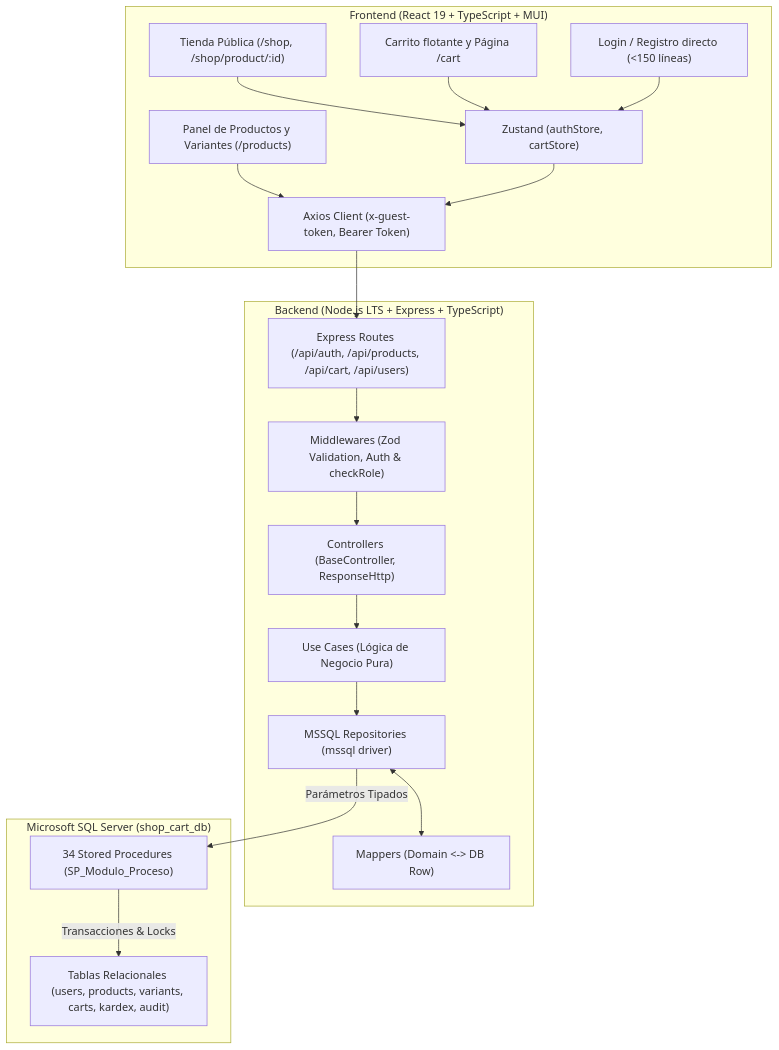
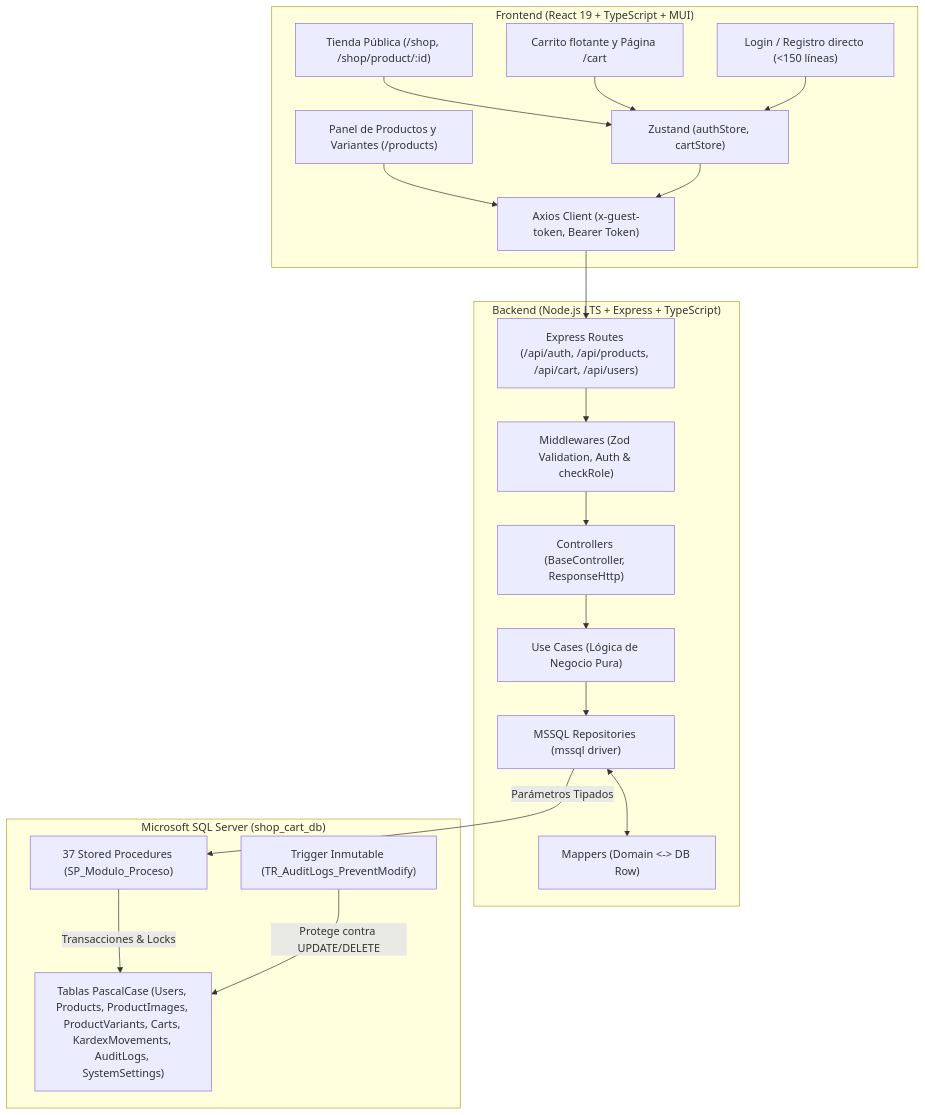
One commit to KEVIN01306/shopCART changed the diagram in README.md. Above: the diagram before and after it, drawn with Mermaid. The commit also changed other lines of this file and 10 other files, not shown here.

Commit message:
chore(backend): update DB deploy scripts, seeds, mappers, and README for PascalCase schema

````diff
--- a/README.md
+++ b/README.md
@@ -152,38 +162,40 @@
 ```mermaid
 flowchart TD
     subgraph Frontend["Frontend (React 19 + TypeScript + MUI)"]
         UI_Shop["Tienda Pública (/shop, /shop/product/:id)"]
         UI_Cart["Carrito flotante y Página /cart"]
         UI_Auth["Login / Registro directo (<150 líneas)"]
         UI_Admin["Panel de Productos y Variantes (/products)"]
         AxiosClient["Axios Client (x-guest-token, Bearer Token)"]
         ZustandStores["Zustand (authStore, cartStore)"]
         
         UI_Shop --> ZustandStores
         UI_Cart --> ZustandStores
         UI_Auth --> ZustandStores
         UI_Admin --> AxiosClient
         ZustandStores --> AxiosClient
     end
 
     subgraph Backend["Backend (Node.js LTS + Express + TypeScript)"]
         Routes["Express Routes (/api/auth, /api/products, /api/cart, /api/users)"]
         Middlewares["Middlewares (Zod Validation, Auth & checkRole)"]
         Controllers["Controllers (BaseController, ResponseHttp)"]
         UseCases["Use Cases (Lógica de Negocio Pura)"]
         Mappers["Mappers (Domain <-> DB Row)"]
         MSSQL_Repo["MSSQL Repositories (mssql driver)"]
         
         AxiosClient --> Routes
         Routes --> Middlewares --> Controllers --> UseCases --> MSSQL_Repo
         MSSQL_Repo <--> Mappers
     end
 
     subgraph Database["Microsoft SQL Server (shop_cart_db)"]
-        SPs["34 Stored Procedures (SP_Modulo_Proceso)"]
-        Tables["Tablas Relacionales (users, products, variants, carts, kardex, audit)"]
+        SPs["37 Stored Procedures (SP_Modulo_Proceso)"]
+        Triggers["Trigger Inmutable (TR_AuditLogs_PreventModify)"]
+        Tables["Tablas PascalCase (Users, Products, ProductImages, ProductVariants, Carts, KardexMovements, AuditLogs, SystemSettings)"]
         
         MSSQL_Repo -->|Parámetros Tipados| SPs
         SPs -->|Transacciones & Locks| Tables
+        Triggers -->|Protege contra UPDATE/DELETE| Tables
     end
 ```
````
